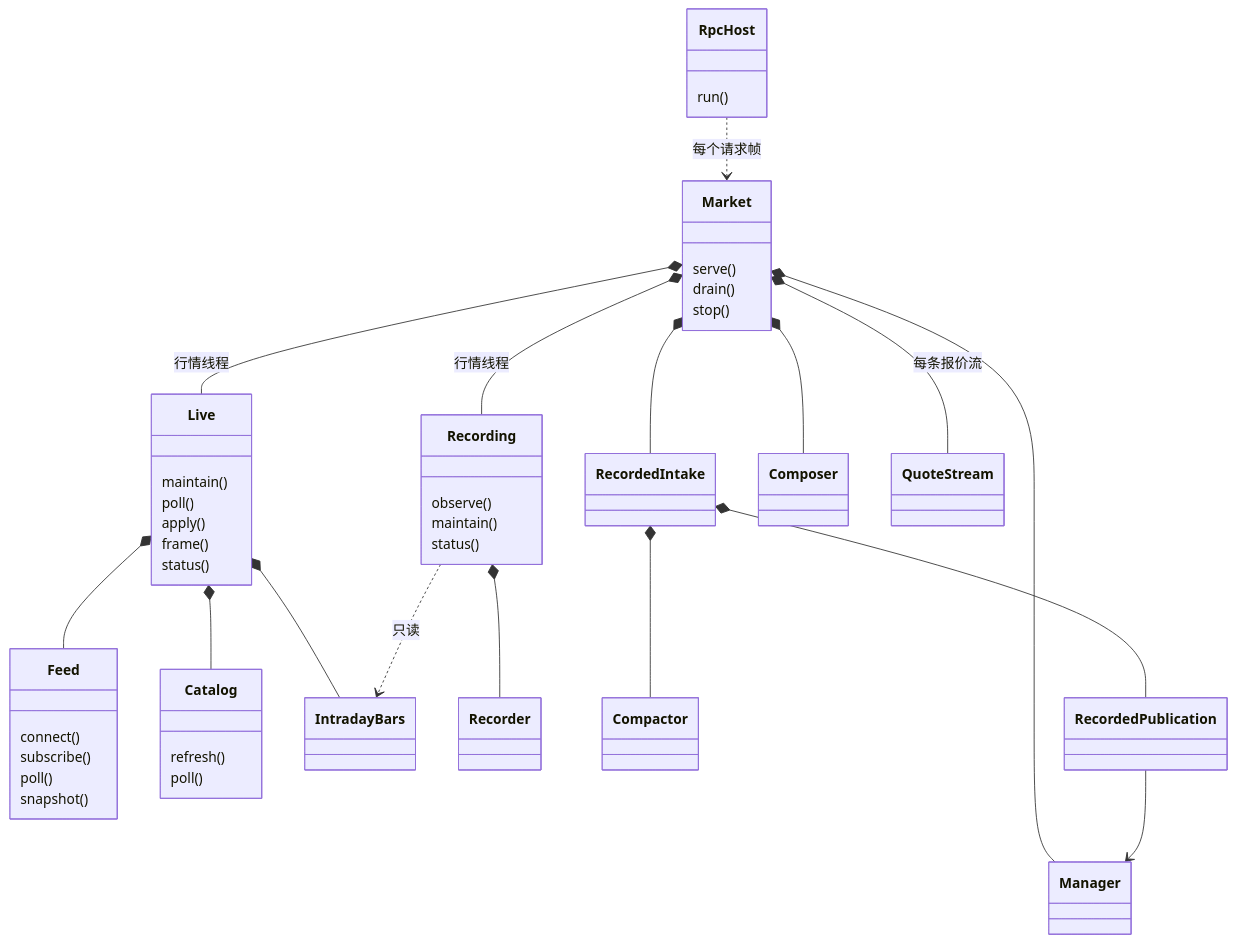
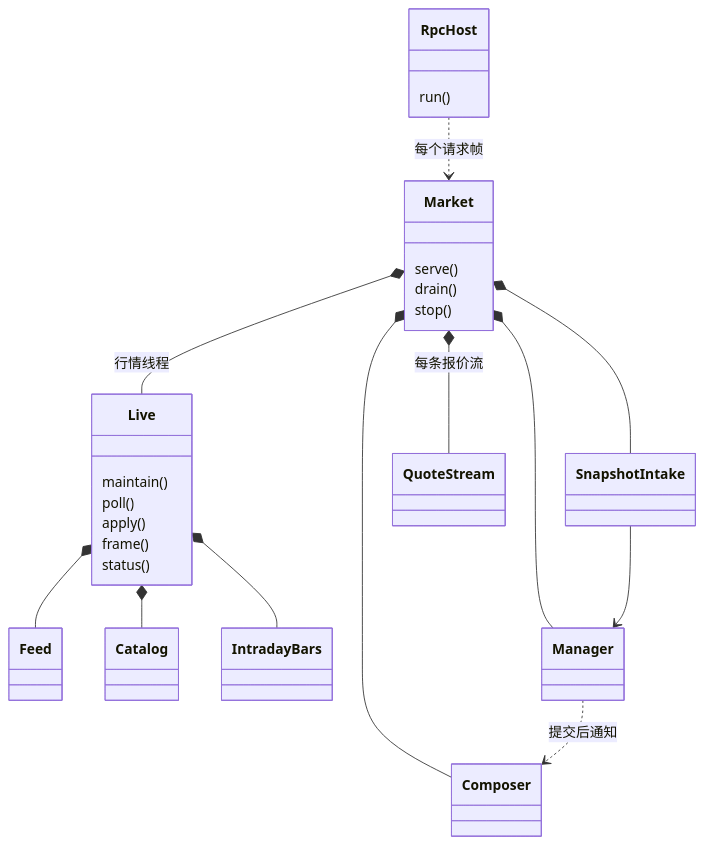
The second of 5 diagrams in docs/market/architecture.md (isqiwen/asterion-terminal), drawn with Mermaid before and after one commit. The commit also changed other lines of this file and 95 other files, not shown here.

````diff
--- a/docs/market/architecture.md
+++ b/docs/market/architecture.md
@@ -47,56 +42,36 @@
 ```mermaid
 classDiagram
     class RpcHost {
         run()
     }
     class Market {
         serve()
         drain()
         stop()
     }
     class Live {
         maintain()
         poll()
         apply()
         frame()
         status()
     }
-    class Recording {
-        observe()
-        maintain()
-        status()
-    }
-    class Feed {
-        connect()
-        subscribe()
-        poll()
-        snapshot()
-    }
-    class Catalog {
-        refresh()
-        poll()
-    }
+    class Feed
+    class Catalog
     class IntradayBars
-    class Recorder
-    class RecordedIntake
+    class Manager
+    class SnapshotIntake
     class Composer
-    class Compactor
-    class RecordedPublication
-    class Manager
     class QuoteStream
     RpcHost ..> Market : 每个请求帧
     Market *-- Live : 行情线程
-    Market *-- Recording : 行情线程
     Market *-- Manager
-    Market *-- RecordedIntake
+    Market *-- SnapshotIntake
     Market *-- Composer
     Market *-- QuoteStream : 每条报价流
     Live *-- Feed
     Live *-- Catalog
     Live *-- IntradayBars
-    Recording *-- Recorder
-    Recording ..> IntradayBars : 只读
-    RecordedIntake *-- Compactor
-    RecordedIntake *-- RecordedPublication
-    RecordedPublication --> Manager
+    SnapshotIntake --> Manager
+    Manager ..> Composer : 提交后通知
 ```
````
